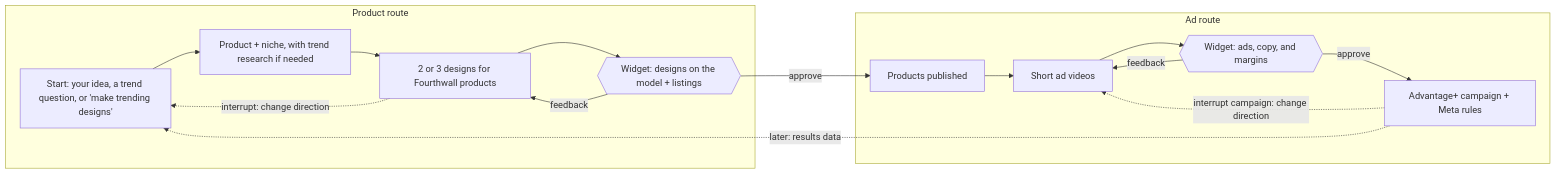
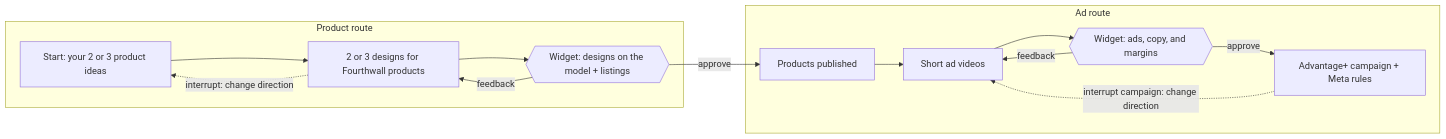
The diagram in devpost/scope.md (sami-m-g/wovain), drawn with Mermaid before and after one commit. The commit also changed other lines of this file and 15 other files, not shown here.

First line of the commit message:
chore: drop trend research and its unused api keys

````diff
--- a/devpost/scope.md
+++ b/devpost/scope.md
@@ -26,19 +25,17 @@
 ```mermaid
 flowchart LR
   subgraph P[Product route]
-    A[Start: your idea, a trend question, or 'make trending designs'] --> B[Product + niche, with trend research if needed]
-    B --> C[2 or 3 designs for Fourthwall products]
+    A[Start: your 2 or 3 product ideas] --> C[2 or 3 designs for Fourthwall products]
     C --> D{{Widget: designs on the model + listings}}
     D -- feedback --> C
   end
   subgraph AD[Ad route]
     E[Products published] --> F[Short ad videos]
     F --> G{{Widget: ads, copy, and margins}}
     G -- feedback --> F
     G -- approve --> H[Advantage+ campaign + Meta rules]
   end
   D -- approve --> E
   C -. interrupt: change direction .-> A
   H -. interrupt campaign: change direction .-> F
-  H -. later: results data .-> A
 ```
````
